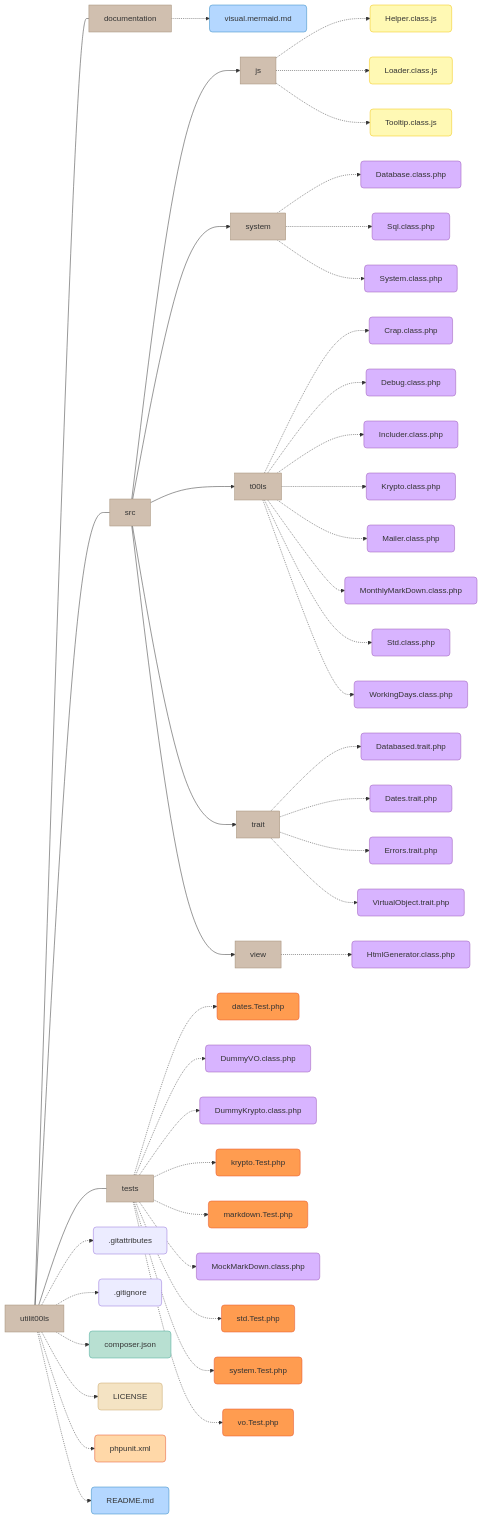
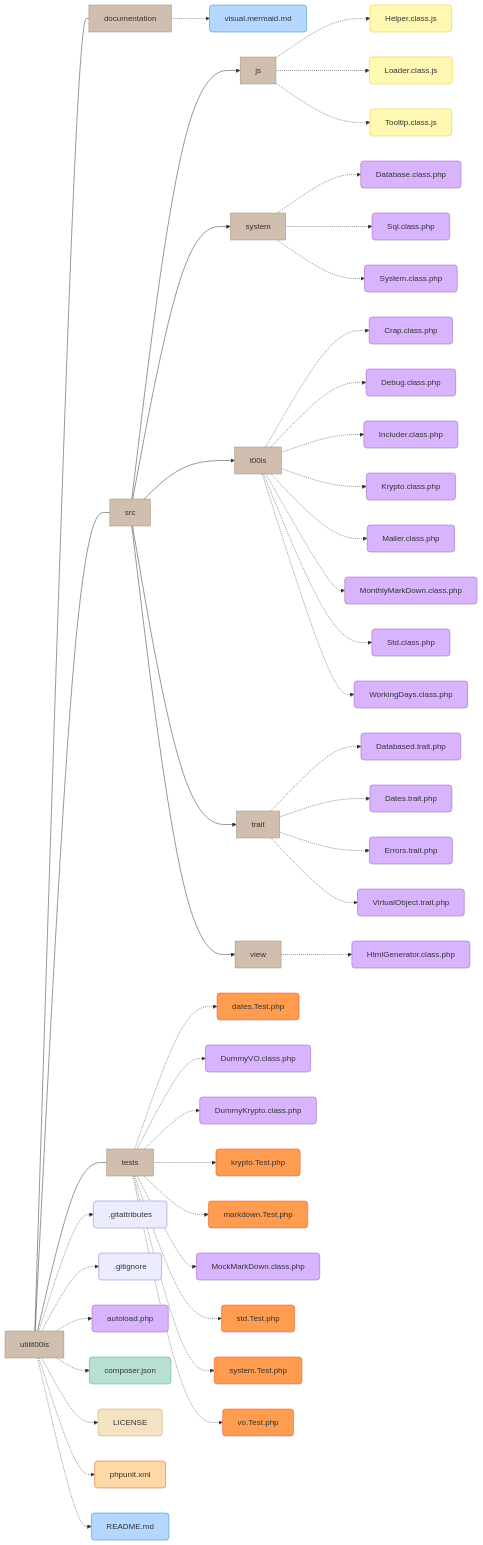
The diagram in documentation/visual.mermaid.md (lanigirodrolsoahc/utilitools), drawn with Mermaid before and after one commit. The commit also changed 2 other files, not shown here.

Commit message:
auto tag, license minor mending and autoload registry

```diff
--- a/documentation/visual.mermaid.md
+++ b/documentation/visual.mermaid.md
@@ -39,6 +39,7 @@
         tests -.-> t_vo["vo.Test.php"]
     utilit00ls -.-> gitattributes[".gitattributes"]
     utilit00ls -.-> gitignore[".gitignore"]
+    utilit00ls -.-> fautoload["autoload.php"]
     utilit00ls -.-> composer["composer.json"]
     utilit00ls -.-> license["LICENSE"]
     utilit00ls -.-> unit["phpunit.xml"]
@@ -64,7 +65,7 @@
 
     class src,js,system,t00ls,trait,view,utilit00ls,documentation,tests folder;
 
-    class Database,Sql,SystemClass,Crap,Debug,Includer,Mailer,MonthlyMarkDown,Std,WorkingDays,Databased,Dates,Errors,VirtualObject,HtmlGenerator,krypto,dummyvo,dummykrypto,mockmarkdown php;
+    class Database,Sql,SystemClass,Crap,Debug,Includer,Mailer,MonthlyMarkDown,Std,WorkingDays,Databased,Dates,Errors,VirtualObject,HtmlGenerator,krypto,dummyvo,dummykrypto,mockmarkdown,fautoload php;
 
     class Helper,Loader,Tooltip js;
 
```
